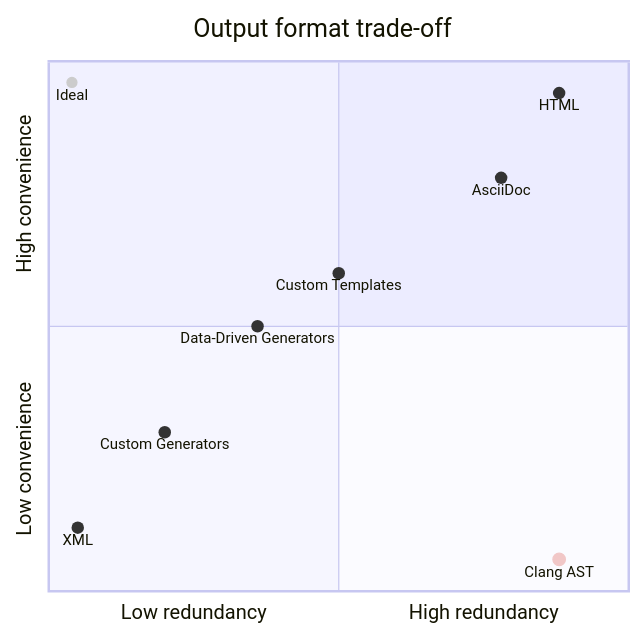
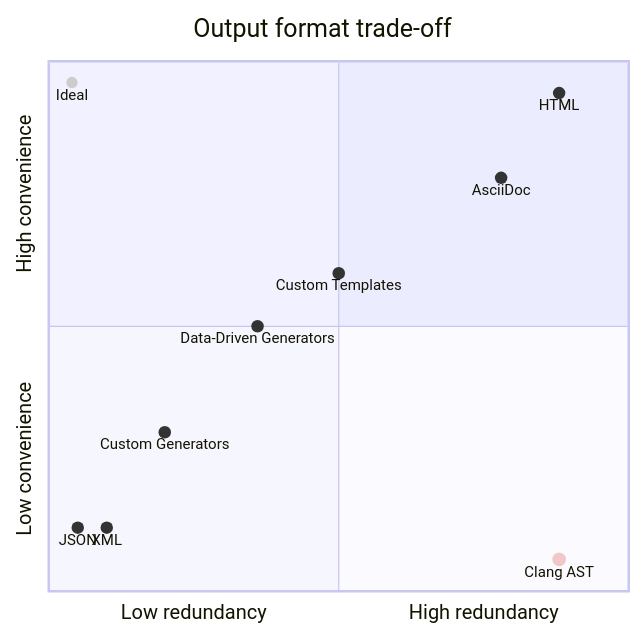
One commit to cppalliance/mrdocs changed the diagram in docs/modules/ROOT/pages/generators/index.adoc. Above: the diagram before and after it, drawn with Mermaid. The commit also changed other lines of this file and 21 other files, not shown here.

```diff
--- a/docs/modules/ROOT/pages/generators/index.adoc
+++ b/docs/modules/ROOT/pages/generators/index.adoc
@@ -44,15 +47,16 @@
 [mermaid]
 ....
 quadrantChart
     title Output format trade-off
     x-axis Low redundancy --> High redundancy
     y-axis Low convenience --> High convenience
     Ideal: [0.04, 0.96] radius: 4, color: #cccccc, stroke-color: #cccccc, stroke-width: 1px
     HTML: [0.88, 0.94]
     AsciiDoc: [0.78, 0.78]
     Custom Templates: [0.5, 0.6]
     Data-Driven Generators: [0.36, 0.5]
     Custom Generators: [0.2, 0.3]
-    XML: [0.05, 0.12]
+    JSON: [0.05, 0.12]
+    XML: [0.1, 0.12]
     Clang AST: [0.88, 0.06] radius: 5, color: #f1c7c7, stroke-color: #f1c7c7, stroke-width: 1px
 ....
```
